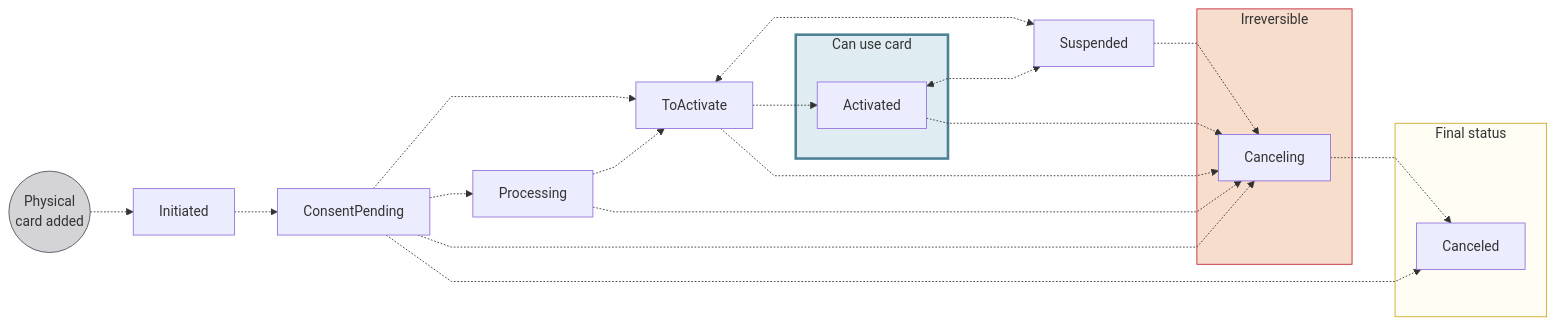
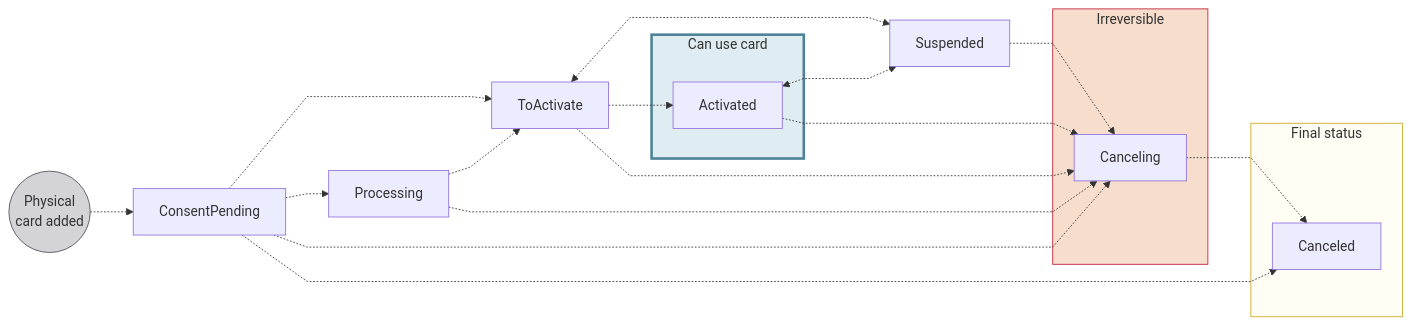
The first of 2 diagrams in docs/topics/cards/physical/index.mdx (swan-io/docs), drawn with Mermaid before and after one commit. The commit also changed other lines of this file, not shown here.

````diff
--- a/docs/topics/cards/physical/index.mdx
+++ b/docs/topics/cards/physical/index.mdx
@@ -246,32 +246,31 @@
 ```mermaid
 %%{ init: { 'flowchart': { 'curve': 'linear' } } }%%
 flowchart LR
-    PCA((Physical<br/>card added)) -.-> I[Initiated]
+    PCA((Physical<br/>card added)) -.-> CP[ConsentPending]
     TA <-.-> S
-    I -.-> CP[ConsentPending]
     CP -.-> TA
     CP -.-> P[Processing]
     P -.-> TA[ToActivate]
     TA -.-> A[Activated]
     A <-..-> S[Suspended]
     A -.-> CL
     S -.-> CL[Canceling]
     CL -.-> CD[Canceled]
     CP -.-> CL
     CP -.-> CD
     P -.-> CL
     TA -.-> CL
     subgraph U[Can use card]
         A
     end
     subgraph IR[Irreversible]
         CL
     end
     subgraph F[Final status]
         CD
     end
     style PCA fill:#D4D3D5,stroke:#514F59
     style F fill:#fffdf4,stroke:#cca922
     style U fill:#dfedf2,stroke:#4d8296,stroke-width:3px
     style IR fill:#f6ddcc,stroke:#c12236
 ```
````
